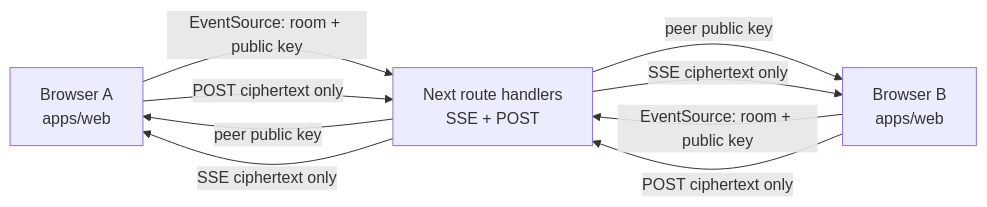
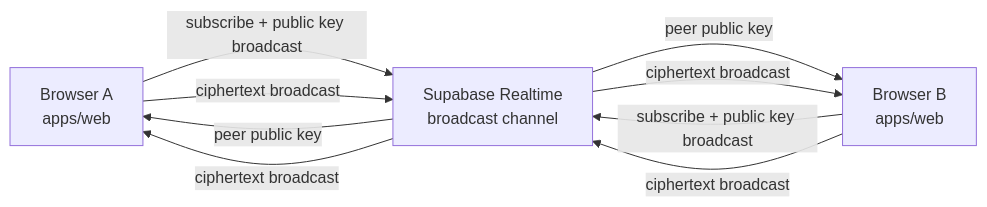
The second of 3 diagrams in docs/architecture.md (matthewlovestocode/e2echat), drawn with Mermaid before and after one commit. The commit also changed other lines of this file and 19 other files, not shown here.

Commit message:
Use Supabase Realtime transport

````diff
--- a/docs/architecture.md
+++ b/docs/architecture.md
@@ -29,15 +29,15 @@
 ```mermaid
 flowchart LR
   alice["Browser A\napps/web"]
-  relay["Next route handlers\nSSE + POST"]
+  relay["Supabase Realtime\nbroadcast channel"]
   bob["Browser B\napps/web"]
 
-  alice -- "EventSource: room + public key" --> relay
-  bob -- "EventSource: room + public key" --> relay
+  alice -- "subscribe + public key broadcast" --> relay
+  bob -- "subscribe + public key broadcast" --> relay
   relay -- "peer public key" --> alice
   relay -- "peer public key" --> bob
-  alice -- "POST ciphertext only" --> relay
-  relay -- "SSE ciphertext only" --> bob
-  bob -- "POST ciphertext only" --> relay
-  relay -- "SSE ciphertext only" --> alice
+  alice -- "ciphertext broadcast" --> relay
+  relay -- "ciphertext broadcast" --> bob
+  bob -- "ciphertext broadcast" --> relay
+  relay -- "ciphertext broadcast" --> alice
 ```
````
